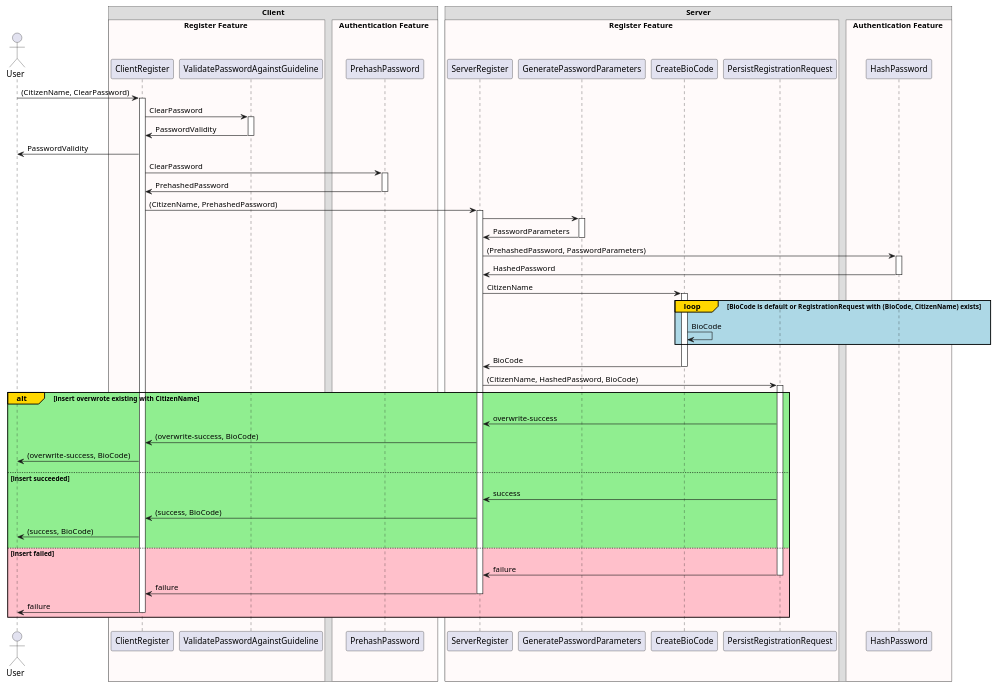
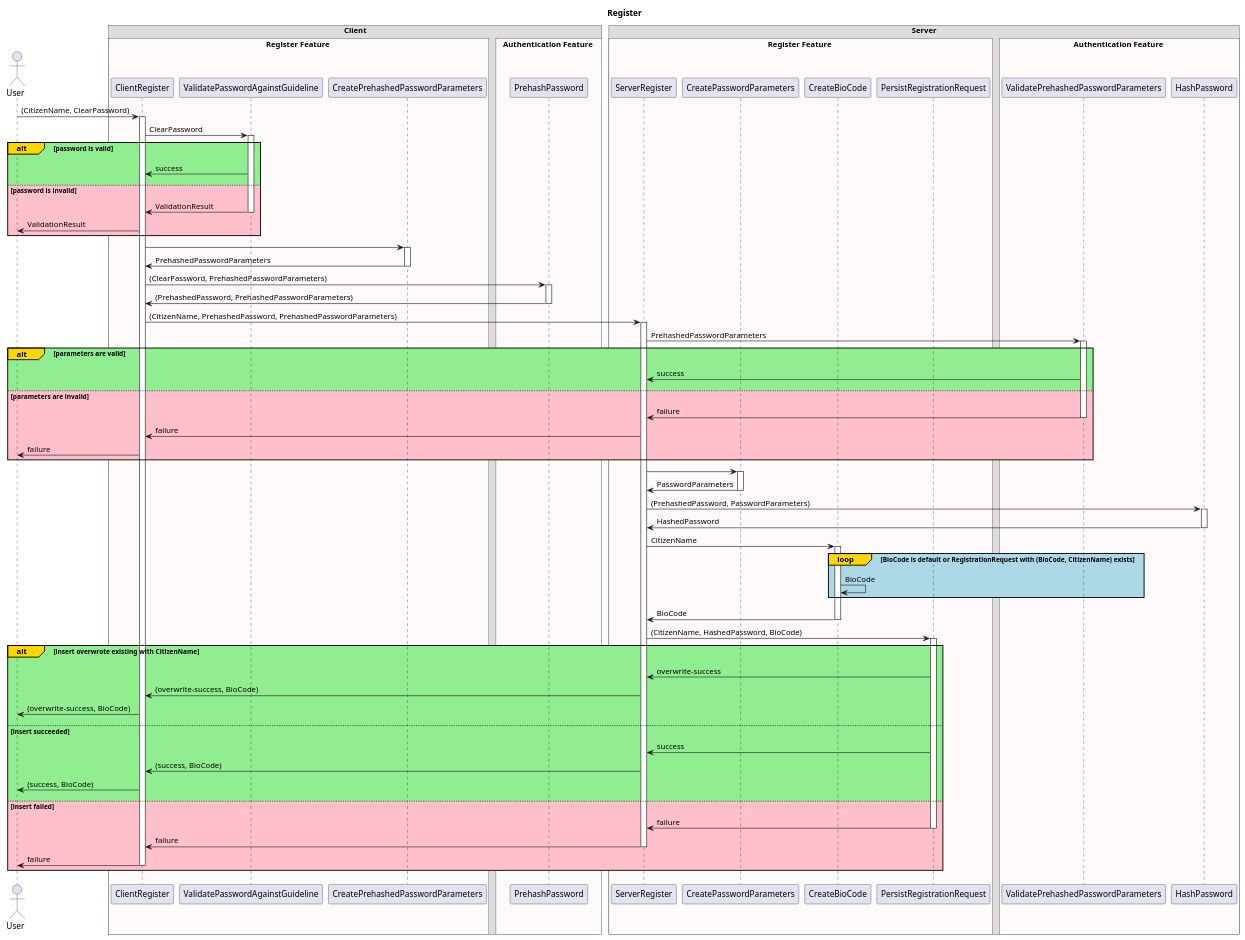
Before and after one commit to PaulBraetz/CitizenBank: the diagram in CitizenBank/Features/Authentication/Register/Sequence.puml, drawn with PlantUML. The commit also changed 54 other files, not shown here.

Commit message:
implement prehashed password param retrieval

```diff
--- a/CitizenBank/Features/Authentication/Register/Sequence.puml
+++ b/CitizenBank/Features/Authentication/Register/Sequence.puml
@@ -1,86 +1,109 @@
 @startuml
 
 !pragma teoz true
 
+title Register
+
 actor User
 
 box Client
-box Register Feature #Snow
-participant ClientRegister
-participant ValidatePasswordAgainstGuideline
-end box
+    box Register Feature #Snow
+        participant ClientRegister
+        participant ValidatePasswordAgainstGuideline
+        participant CreatePrehashedPasswordParameters
+    end box
 
-box Authentication Feature #Snow
-participant PrehashPassword
-end box
+    box Authentication Feature #Snow
+        participant PrehashPassword
+    end box
 end box
 
 box Server
-box Register Feature #Snow
-participant ServerRegister
-participant GeneratePasswordParameters
-participant CreateBioCode
-participant PersistRegistrationRequest
-end box
+    box Register Feature #Snow
+        participant ServerRegister
+        participant CreatePasswordParameters
+        participant CreateBioCode
+        participant PersistRegistrationRequest
+    end box
 
-box Authentication Feature #Snow
-participant HashPassword
-end box
+    box Authentication Feature #Snow
+        participant ValidatePrehashedPasswordParameters
+        participant HashPassword
+    end box
 end box
 
 User -> ClientRegister: (CitizenName, ClearPassword)
 activate ClientRegister
 
 ClientRegister -> ValidatePasswordAgainstGuideline: ClearPassword
 activate ValidatePasswordAgainstGuideline
-ValidatePasswordAgainstGuideline -> ClientRegister: PasswordValidity
-deactivate ValidatePasswordAgainstGuideline
-ClientRegister -> User: PasswordValidity
+alt#Gold #LightGreen password is valid
+    ValidatePasswordAgainstGuideline -> ClientRegister: success
+else #Pink password is invalid
+    ValidatePasswordAgainstGuideline -> ClientRegister: ValidationResult
+    deactivate ValidatePasswordAgainstGuideline
+    ClientRegister -> User: ValidationResult
+end
 
-ClientRegister -> PrehashPassword: ClearPassword
+ClientRegister -> CreatePrehashedPasswordParameters
+activate CreatePrehashedPasswordParameters
+CreatePrehashedPasswordParameters -> ClientRegister: PrehashedPasswordParameters
+deactivate CreatePrehashedPasswordParameters
+
+ClientRegister -> PrehashPassword: (ClearPassword, PrehashedPasswordParameters)
 activate PrehashPassword
-PrehashPassword -> ClientRegister: PrehashedPassword
+PrehashPassword -> ClientRegister: (PrehashedPassword, PrehashedPasswordParameters)
 deactivate PrehashPassword
 
-ClientRegister -> ServerRegister: (CitizenName, PrehashedPassword)
+ClientRegister -> ServerRegister: (CitizenName, PrehashedPassword, PrehashedPasswordParameters)
 activate ServerRegister
-ServerRegister -> GeneratePasswordParameters
-activate GeneratePasswordParameters
-GeneratePasswordParameters -> ServerRegister: PasswordParameters
-deactivate GeneratePasswordParameters
+ServerRegister -> ValidatePrehashedPasswordParameters: PrehashedPasswordParameters
+activate ValidatePrehashedPasswordParameters
+alt#Gold #LightGreen parameters are valid
+    ValidatePrehashedPasswordParameters -> ServerRegister: success
+else #Pink parameters are invalid
+    ValidatePrehashedPasswordParameters -> ServerRegister: failure
+    deactivate ValidatePrehashedPasswordParameters
+    ServerRegister -> ClientRegister: failure
+    ClientRegister -> User: failure
+end
+ServerRegister -> CreatePasswordParameters
+activate CreatePasswordParameters
+CreatePasswordParameters -> ServerRegister: PasswordParameters
+deactivate CreatePasswordParameters
 ServerRegister -> HashPassword: (PrehashedPassword, PasswordParameters)
 activate HashPassword
 HashPassword -> ServerRegister: HashedPassword
 deactivate HashPassword
 
 ServerRegister -> CreateBioCode: CitizenName
 activate CreateBioCode
 loop#Gold #LightBlue BioCode is default or RegistrationRequest with (BioCode, CitizenName) exists
     CreateBioCode -> CreateBioCode: BioCode
 end
 CreateBioCode -> ServerRegister: BioCode
 deactivate CreateBioCode
 
 ServerRegister -> PersistRegistrationRequest: (CitizenName, HashedPassword, BioCode)
 activate PersistRegistrationRequest
 alt#Gold #LightGreen insert overwrote existing with CitizenName
     PersistRegistrationRequest -> ServerRegister: overwrite-success
 
     ServerRegister -> ClientRegister: (overwrite-success, BioCode)
     ClientRegister -> User: (overwrite-success, BioCode)
 else #LightGreen insert succeeded
     PersistRegistrationRequest -> ServerRegister: success
 
     ServerRegister -> ClientRegister: (success, BioCode)
 
     ClientRegister -> User: (success, BioCode)
 else #Pink insert failed
     PersistRegistrationRequest -> ServerRegister: failure
     deactivate PersistRegistrationRequest
     ServerRegister -> ClientRegister: failure
     deactivate ServerRegister
     ClientRegister -> User: failure
     deactivate ClientRegister
 end
 
 @enduml
```
